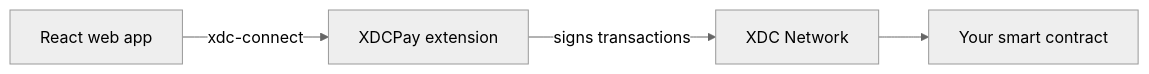
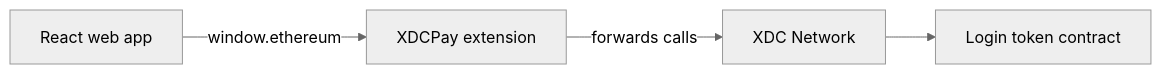
The diagram in README.md (CoinClubQuincy/WebApp_to_XDCPay), drawn with Mermaid (neutral theme) before and after one commit. The commit also changed other lines of this file and 88 other files, not shown here.

````diff
--- a/README.md
+++ b/README.md
@@ -19,6 +19,6 @@
 ```mermaid
 flowchart LR
-    W[React web app] -->|xdc-connect| P[XDCPay extension]
-    P -->|signs transactions| X[XDC Network]
-    X --> C[Your smart contract]
+    W[React web app] -->|window.ethereum| P[XDCPay extension]
+    P -->|forwards calls| X[XDC Network]
+    X --> C[Login token contract]
 ```
````
